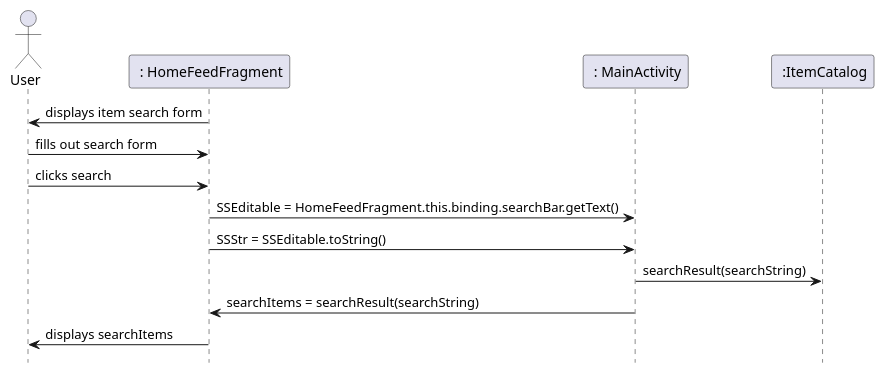
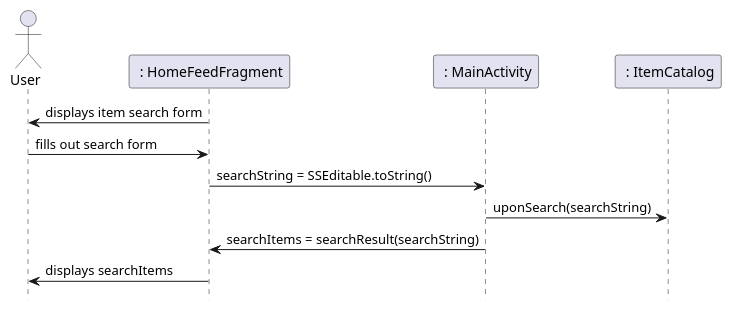
Before and after one commit to remyben-creator/Marketplace-Application: the fifth of 5 diagrams in IntelliJ/Doc/design.md, drawn with PlantUML. The commit also changed other lines of this file, not shown here.

Commit message:
Existing Sequence Diagrams Finalized

````diff
--- a/IntelliJ/Doc/design.md
+++ b/IntelliJ/Doc/design.md
@@ -133,18 +127,15 @@
 ```plantuml
 hide footbox
 actor User as user
 participant " : HomeFeedFragment" as ui
 participant " : MainActivity" as controller
-participant " :ItemCatalog" as itemCatalog
-
+participant " : ItemCatalog" as itemCatalog
 
 ui -> user : displays item search form 
 user -> ui : fills out search form
-user -> ui : clicks search
-ui -> controller :  SSEditable = HomeFeedFragment.this.binding.searchBar.getText()
-ui -> controller :  SSStr = SSEditable.toString()
-controller -> itemCatalog : searchResult(searchString)
+ui -> controller :  searchString = SSEditable.toString()
+controller -> itemCatalog : uponSearch(searchString)
 controller -> ui : searchItems = searchResult(searchString)
 ui -> user : displays searchItems
 
 ```
````
